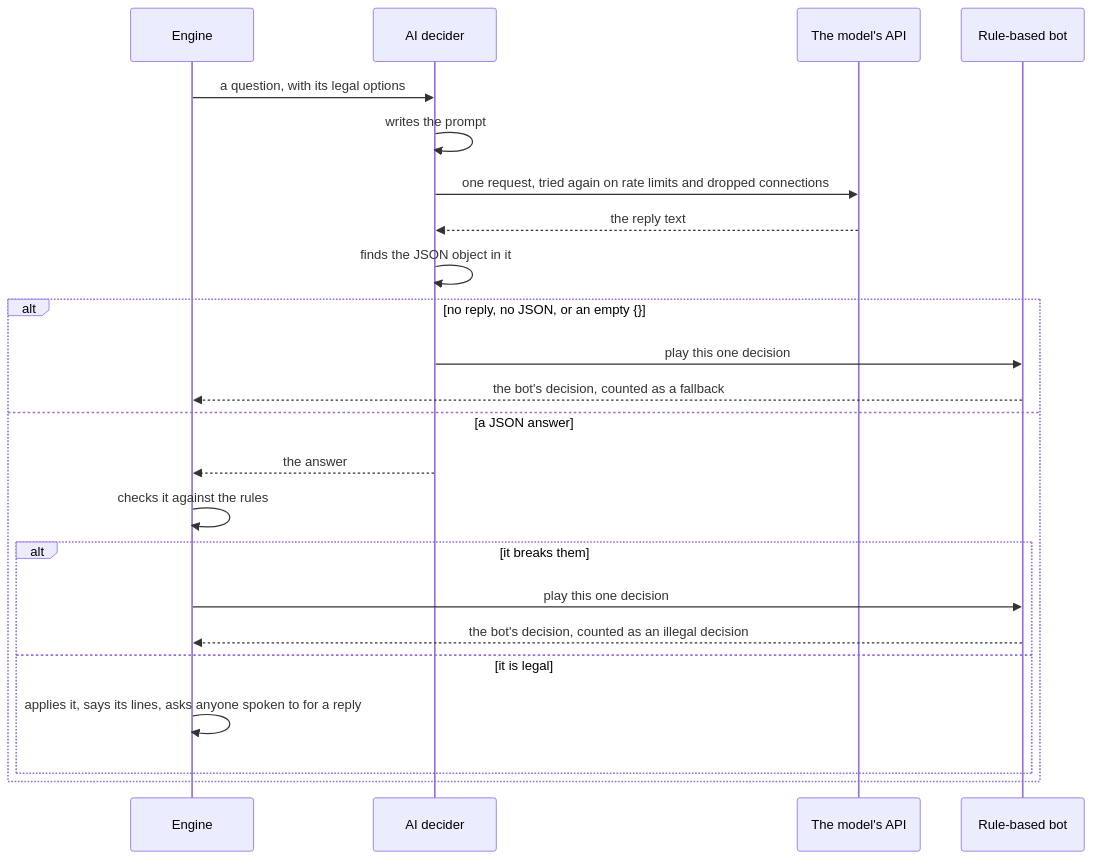
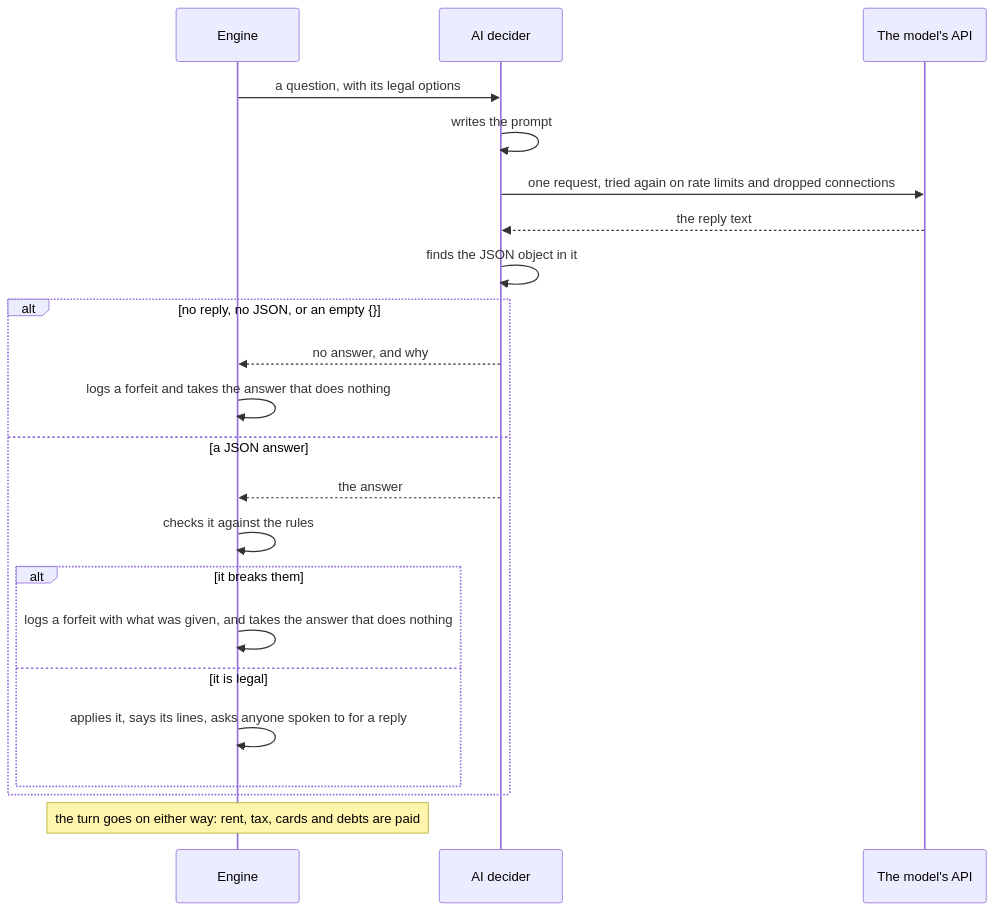
The fifth of 6 diagrams in AI.md (fadil-karim/monopoly-simulator), drawn with Mermaid before and after one commit. The commit also changed other lines of this file and 5 other files, not shown here.

````diff
--- a/AI.md
+++ b/AI.md
@@ -189,25 +203,24 @@
 ```mermaid
 sequenceDiagram
     participant E as Engine
     participant D as AI decider
     participant API as The model's API
-    participant H as Rule-based bot
     E->>D: a question, with its legal options
     D->>D: writes the prompt
     D->>API: one request, tried again on rate limits and dropped connections
     API-->>D: the reply text
     D->>D: finds the JSON object in it
     alt no reply, no JSON, or an empty {}
-        D->>H: play this one decision
-        H-->>E: the bot's decision, counted as a fallback
+        D-->>E: no answer, and why
+        E->>E: logs a forfeit and takes the answer that does nothing
     else a JSON answer
         D-->>E: the answer
         E->>E: checks it against the rules
         alt it breaks them
-            E->>H: play this one decision
-            H-->>E: the bot's decision, counted as an illegal decision
+            E->>E: logs a forfeit with what was given, and takes the answer that does nothing
         else it is legal
             E->>E: applies it, says its lines, asks anyone spoken to for a reply
         end
     end
+    Note over E: the turn goes on either way: rent, tax, cards and debts are paid
 ```
````
